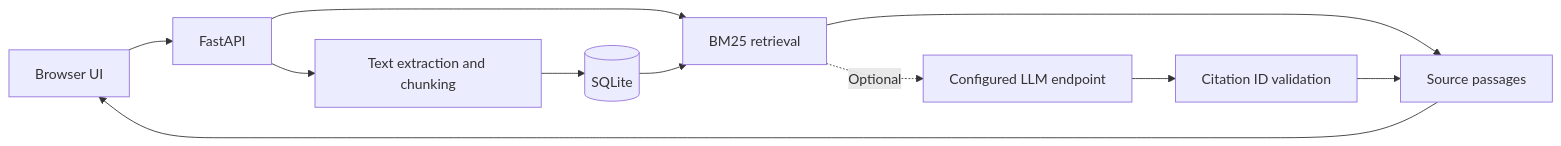
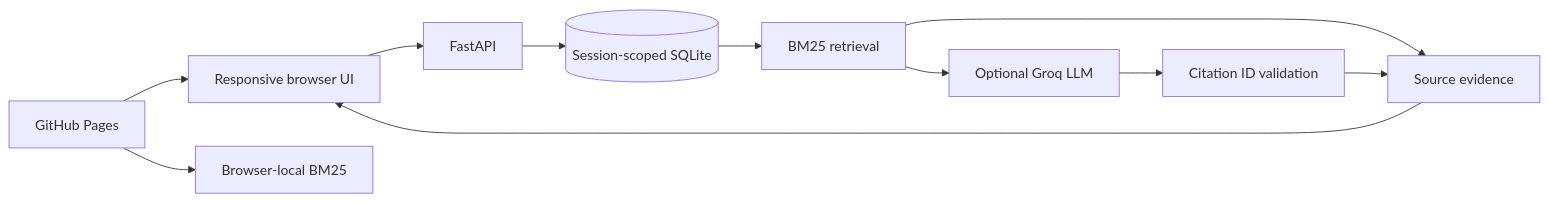
Before and after one commit to Netaniya/n25x-knowledge-engine: the diagram in README.md, drawn with Mermaid. The commit also changed other lines of this file and 4 other files, not shown here.

````diff
--- a/README.md
+++ b/README.md
@@ -49,13 +32,13 @@
 ```mermaid
 flowchart LR
- UI[Browser UI] --> API[FastAPI]
- API --> EX[Text extraction and chunking]
- EX --> DB[(SQLite)]
- API --> RET[BM25 retrieval]
- DB --> RET
- RET --> OUT[Source passages]
- RET -. Optional .-> LLM[Configured LLM endpoint]
+ UI[Responsive browser UI] --> API[FastAPI]
+ API --> DB[(Session-scoped SQLite)]
+ DB --> RET[BM25 retrieval]
+ RET --> OUT[Source evidence]
+ RET --> LLM[Optional Groq LLM]
  LLM --> VAL[Citation ID validation]
  VAL --> OUT
  OUT --> UI
+ P[GitHub Pages] --> JS[Browser-local BM25]
+ P --> UI
 ```
````
